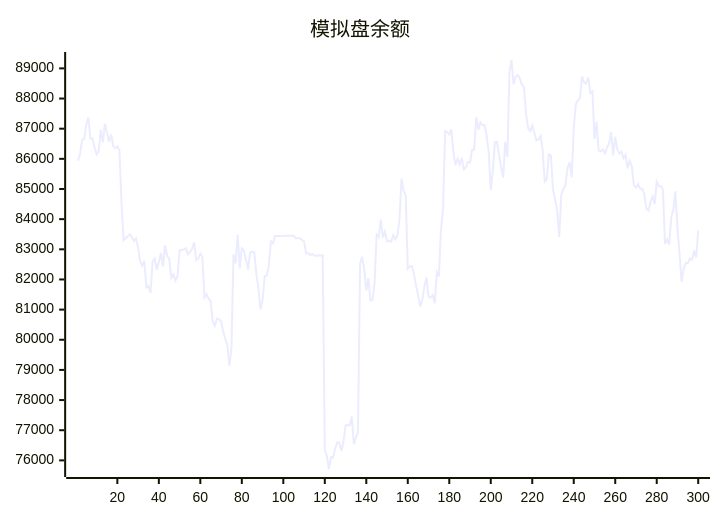
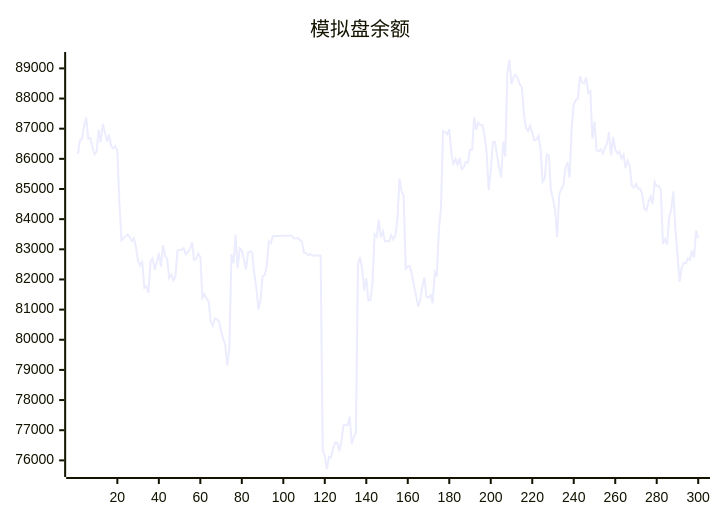
One commit to aahl/ai-trading changed the diagram in README.md. Above: the diagram before and after it, drawn with Mermaid. The commit also changed other lines of this file and 1 other file, not shown here.

````diff
--- a/README.md
+++ b/README.md
@@ -5,5 +5,5 @@
 ```mermaid
 xychart
     title "模拟盘余额"
-    line [85942,86161,86622,86664,87115,87369,86666,86685,86384,86152,86243,86969,86548,87164,86885,86566,86809,86427,86348,86417,86273,84538,83299,83369,83430,83490,83404,83270,83362,83056,82605,82459,82614,81734,81788,81551,82598,82702,82320,82580,82878,82426,83139,82778,82686,82056,82166,81963,82110,82951,82983,82984,83038,82838,82915,82998,83235,82642,82682,82858,82746,81396,81512,81362,81277,80600,80461,80699,80673,80616,80288,80038,79836,79142,79722,82837,82533,83480,82366,83032,82960,82654,82330,82883,82934,82901,82188,81728,81005,81298,82110,82135,82449,83264,83203,83440,83439,83440,83440,83446,83447,83448,83447,83448,83449,83369,83369,83369,83313,83256,82872,82873,82801,82844,82785,82791,82791,82793,82794,76339,76145,75714,76110,76096,76397,76594,76585,76310,76607,77160,77170,77160,77456,76541,76774,76927,82520,82744,82337,81639,82040,81307,81314,81887,83490,83414,83984,83396,83594,83261,83287,83253,83470,83327,83465,83987,85348,84930,84786,82355,82433,82438,82167,81795,81466,81105,81315,81756,82064,81426,81398,81481,81210,82242,82099,83658,84359,86925,86892,86814,86980,86203,85802,86003,85811,86028,85657,85721,85896,85880,86300,86299,87378,86965,87214,87115,87118,86780,86238,84966,85623,86555,86562,86129,85722,85387,86569,86070,88870,89278,88477,88720,88781,88668,88467,88372,87493,87018,86917,87102,86870,86613,86644,86758,86317,85242,85334,86149,86106,84968,84671,84302,83410,84816,85001,85127,85693,85891,85384,87001,87811,87945,88007,88734,88528,88495,88705,88189,88248,86662,87234,86279,86251,86314,86177,86364,86503,86886,86114,86731,86310,86176,86240,86017,86136,85685,85938,85749,85111,85044,85164,85016,85008,84824,84354,84287,84572,84745,84500,85234,85096,85095,84970,83180,83338,83157,84070,84309,84922,83667,82850,81924,82369,82552,82539,82695,82648,82962,82728,83619]
+    line [86161,86622,86664,87115,87369,86666,86685,86384,86152,86243,86969,86548,87164,86885,86566,86809,86427,86348,86417,86273,84538,83299,83369,83430,83490,83404,83270,83362,83056,82605,82459,82614,81734,81788,81551,82598,82702,82320,82580,82878,82426,83139,82778,82686,82056,82166,81963,82110,82951,82983,82984,83038,82838,82915,82998,83235,82642,82682,82858,82746,81396,81512,81362,81277,80600,80461,80699,80673,80616,80288,80038,79836,79142,79722,82837,82533,83480,82366,83032,82960,82654,82330,82883,82934,82901,82188,81728,81005,81298,82110,82135,82449,83264,83203,83440,83439,83440,83440,83446,83447,83448,83447,83448,83449,83369,83369,83369,83313,83256,82872,82873,82801,82844,82785,82791,82791,82793,82794,76339,76145,75714,76110,76096,76397,76594,76585,76310,76607,77160,77170,77160,77456,76541,76774,76927,82520,82744,82337,81639,82040,81307,81314,81887,83490,83414,83984,83396,83594,83261,83287,83253,83470,83327,83465,83987,85348,84930,84786,82355,82433,82438,82167,81795,81466,81105,81315,81756,82064,81426,81398,81481,81210,82242,82099,83658,84359,86925,86892,86814,86980,86203,85802,86003,85811,86028,85657,85721,85896,85880,86300,86299,87378,86965,87214,87115,87118,86780,86238,84966,85623,86555,86562,86129,85722,85387,86569,86070,88870,89278,88477,88720,88781,88668,88467,88372,87493,87018,86917,87102,86870,86613,86644,86758,86317,85242,85334,86149,86106,84968,84671,84302,83410,84816,85001,85127,85693,85891,85384,87001,87811,87945,88007,88734,88528,88495,88705,88189,88248,86662,87234,86279,86251,86314,86177,86364,86503,86886,86114,86731,86310,86176,86240,86017,86136,85685,85938,85749,85111,85044,85164,85016,85008,84824,84354,84287,84572,84745,84500,85234,85096,85095,84970,83180,83338,83157,84070,84309,84922,83667,82850,81924,82369,82552,82539,82695,82648,82962,82728,83619,83378]
 ```
````
